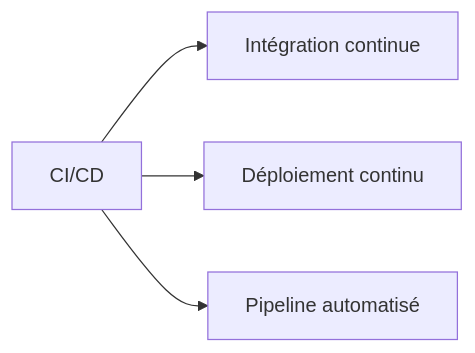
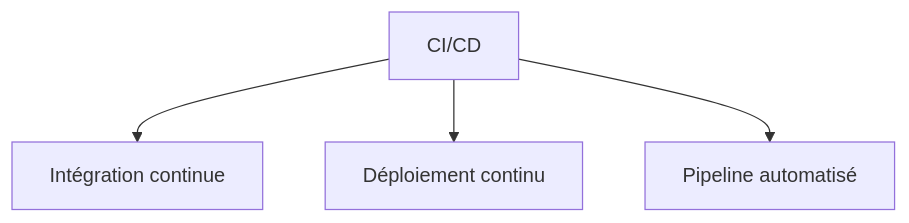
Before and after one commit to zyrass/omnydocs: the fifth of 30 diagrams in docs/glossaire/devsecops.md, drawn with Mermaid. The commit also changed other lines of this file and 1780 other files, not shown here.

````diff
--- a/docs/glossaire/devsecops.md
+++ b/docs/glossaire/devsecops.md
@@ -109,6 +131,6 @@
-    ```mermaid
-    graph LR
-        A[CI/CD] --> B[Intégration continue]
-        A --> C[Déploiement continu]
-        A --> D[Pipeline automatisé]
-    ```
+```mermaid
+graph TB
+    A[CI/CD] --> B[Intégration continue]
+    A --> C[Déploiement continu]
+    A --> D[Pipeline automatisé]
+```
````
